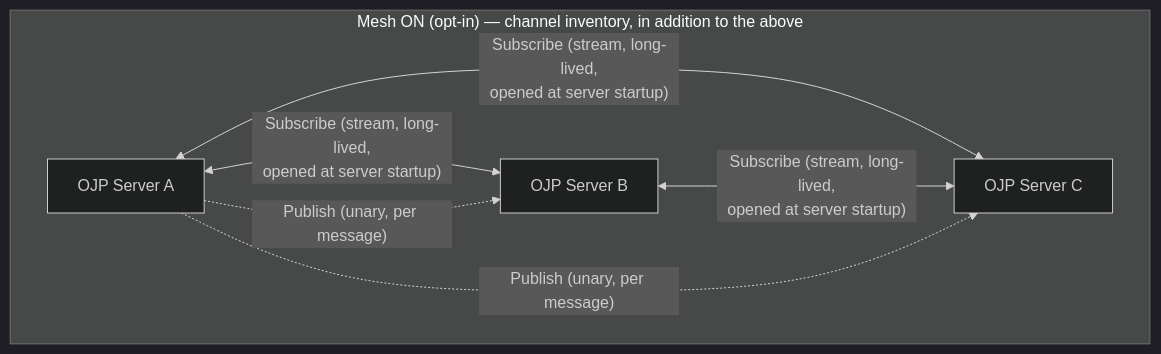
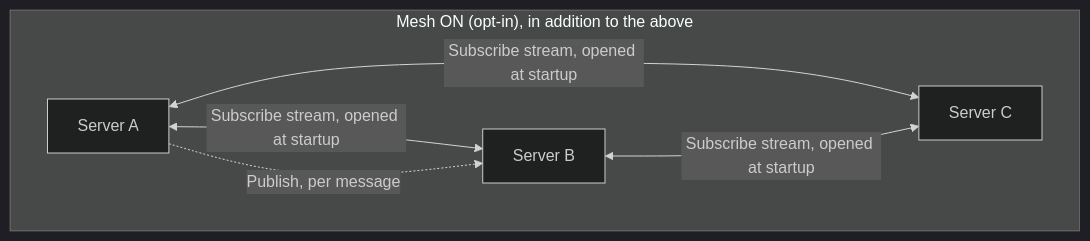
Before and after one commit to Open-JDBC-Proxy/ojp: the second of 4 diagrams in documents/analysis/OJP_MESSAGING_PROTOCOL_ANALYSIS.md, drawn with Mermaid (dark theme). The commit also changed other lines of this file and 2 other files, not shown here.

````diff
--- a/documents/analysis/OJP_MESSAGING_PROTOCOL_ANALYSIS.md
+++ b/documents/analysis/OJP_MESSAGING_PROTOCOL_ANALYSIS.md
@@ -798,14 +354,13 @@
 ```mermaid
 graph TB
-    subgraph "Mesh ON (opt-in) — channel inventory, in addition to the above"
+    subgraph "Mesh ON (opt-in), in addition to the above"
         direction LR
-        SX["OJP Server A"]
-        SY["OJP Server B"]
-        SZ["OJP Server C"]
-        SX <-->|"Subscribe (stream, long-lived,<br/>opened at server startup)"| SY
-        SX <-->|"Subscribe (stream, long-lived,<br/>opened at server startup)"| SZ
-        SY <-->|"Subscribe (stream, long-lived,<br/>opened at server startup)"| SZ
-        SX -.->|"Publish (unary, per message)"| SY
-        SX -.->|"Publish (unary, per message)"| SZ
+        SX["Server A"]
+        SY["Server B"]
+        SZ["Server C"]
+        SX <-->|Subscribe stream, opened at startup| SY
+        SX <-->|Subscribe stream, opened at startup| SZ
+        SY <-->|Subscribe stream, opened at startup| SZ
+        SX -.->|Publish, per message| SY
     end
 ```
````
